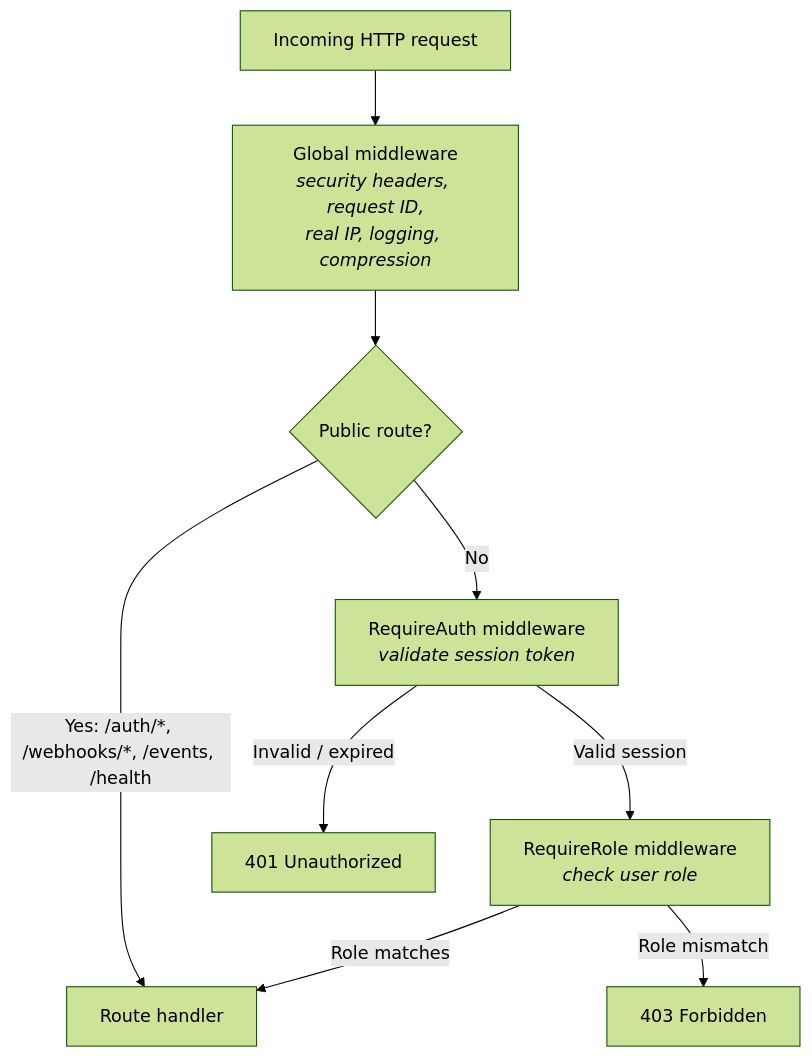
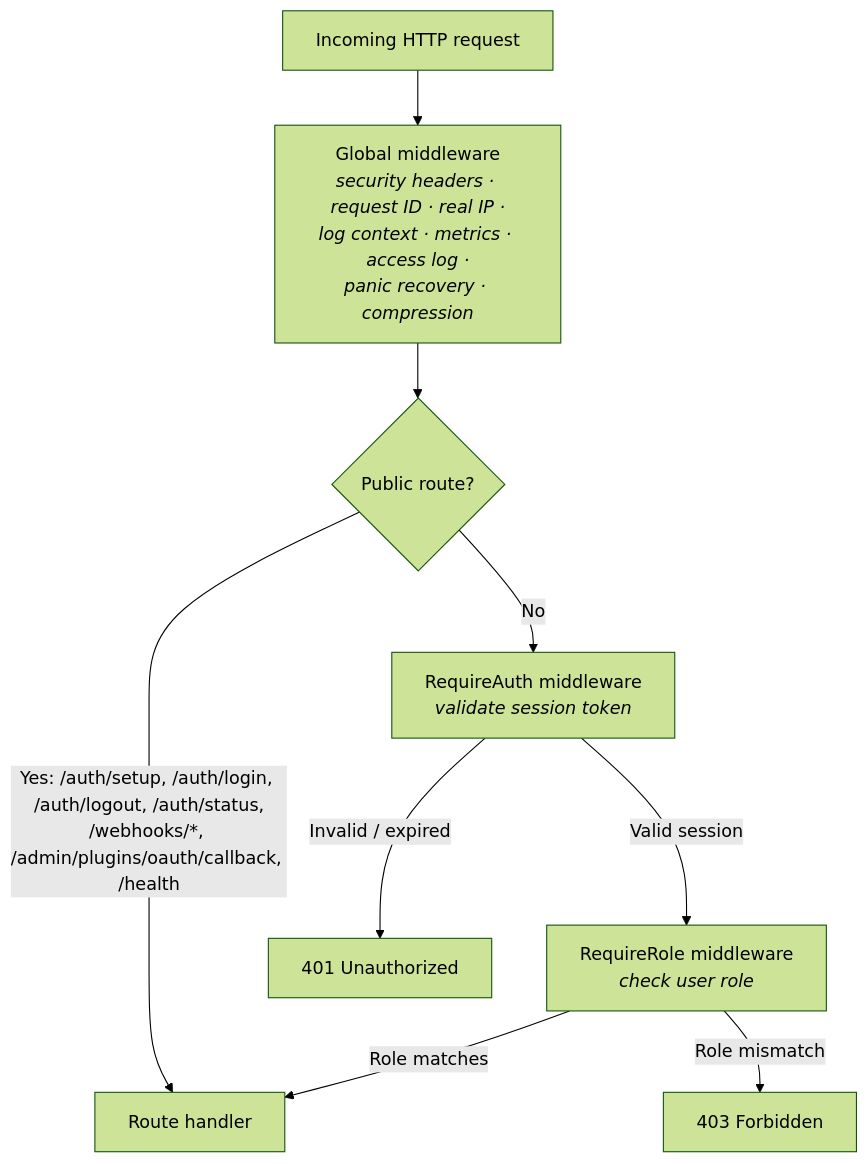
Before and after one commit to Felag-Engineering/gleipnir: the diagram in docs/developer/diagrams/auth-request-flow.md, drawn with Mermaid (forest theme). The commit also changed 37 other files, not shown here.

````diff
--- a/docs/developer/diagrams/auth-request-flow.md
+++ b/docs/developer/diagrams/auth-request-flow.md
@@ -3,19 +3,19 @@
 ```mermaid
 graph TD
     REQ["Incoming HTTP request"]
-    GLOBAL["Global middleware<br/><i>security headers, request ID,<br/>real IP, logging, compression</i>"]
+    GLOBAL["Global middleware<br/><i>security headers · request ID · real IP ·<br/>log context · metrics · access log ·<br/>panic recovery · compression</i>"]
     PUBLIC{"Public route?"}
     AUTH_MW["RequireAuth middleware<br/><i>validate session token</i>"]
     ROLE_MW["RequireRole middleware<br/><i>check user role</i>"]
     HANDLER["Route handler"]
 
     REQ --> GLOBAL
     GLOBAL --> PUBLIC
 
-    PUBLIC -->|"Yes: /auth/*, /webhooks/*, /events, /health"| HANDLER
+    PUBLIC -->|"Yes: /auth/setup, /auth/login, /auth/logout, /auth/status,<br/>/webhooks/*, /admin/plugins/oauth/callback, /health"| HANDLER
     PUBLIC -->|"No"| AUTH_MW
     AUTH_MW -->|"Valid session"| ROLE_MW
     AUTH_MW -->|"Invalid / expired"| REJECT["401 Unauthorized"]
     ROLE_MW -->|"Role matches"| HANDLER
     ROLE_MW -->|"Role mismatch"| FORBIDDEN["403 Forbidden"]
 ```
````
